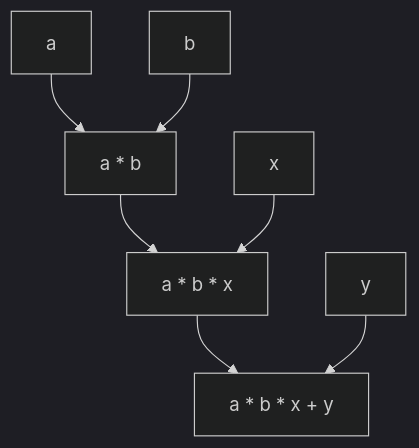
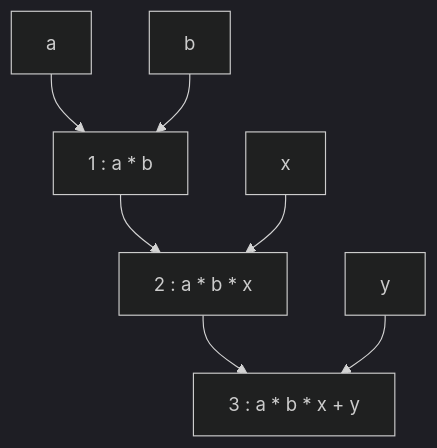
The diagram in tpl_expr/README.md (kivvix/misc), drawn with Mermaid (dark theme) before and after one commit.

Commit message:
test mermaid graph

````diff
--- a/tpl_expr/README.md
+++ b/tpl_expr/README.md
@@ -127,16 +127,16 @@
   ```mermaid
   graph TD;
       a["a"]
       b["b"]
       x["x"]
       y["y"]
-      ab["a * b"]
-      abx["a * b * x"]
-      abxpy["a * b * x + y"]
+      ab["1 : a * b"]
+      abx["2 : a * b * x"]
+      abxpy["3 : a * b * x + y"]
       a --> ab
       b --> ab
       ab --> abx
       x --> abx
       abx --> abxpy
       y --> abxpy
   ```
````
